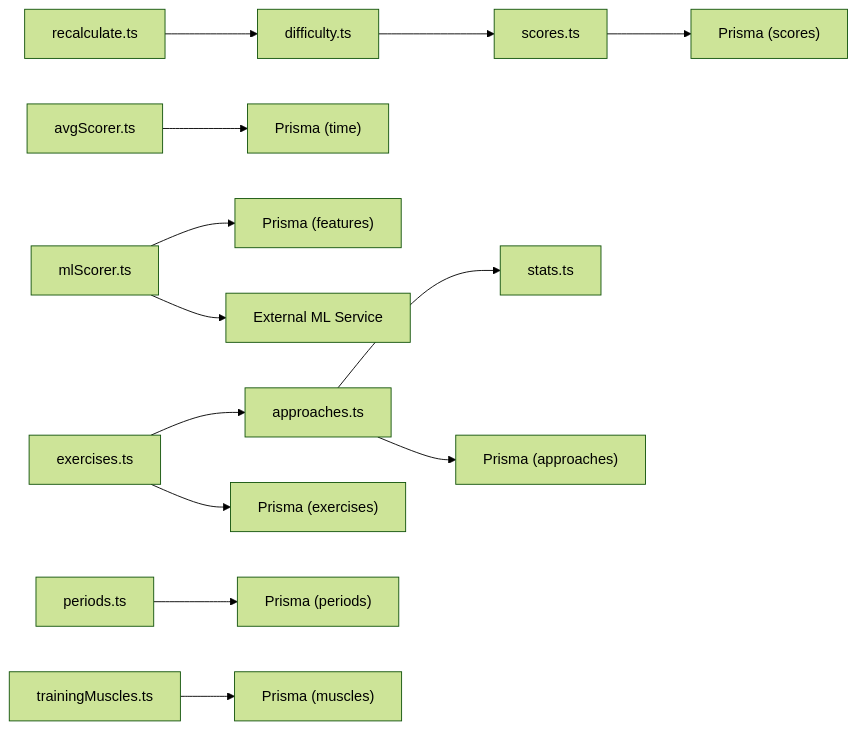
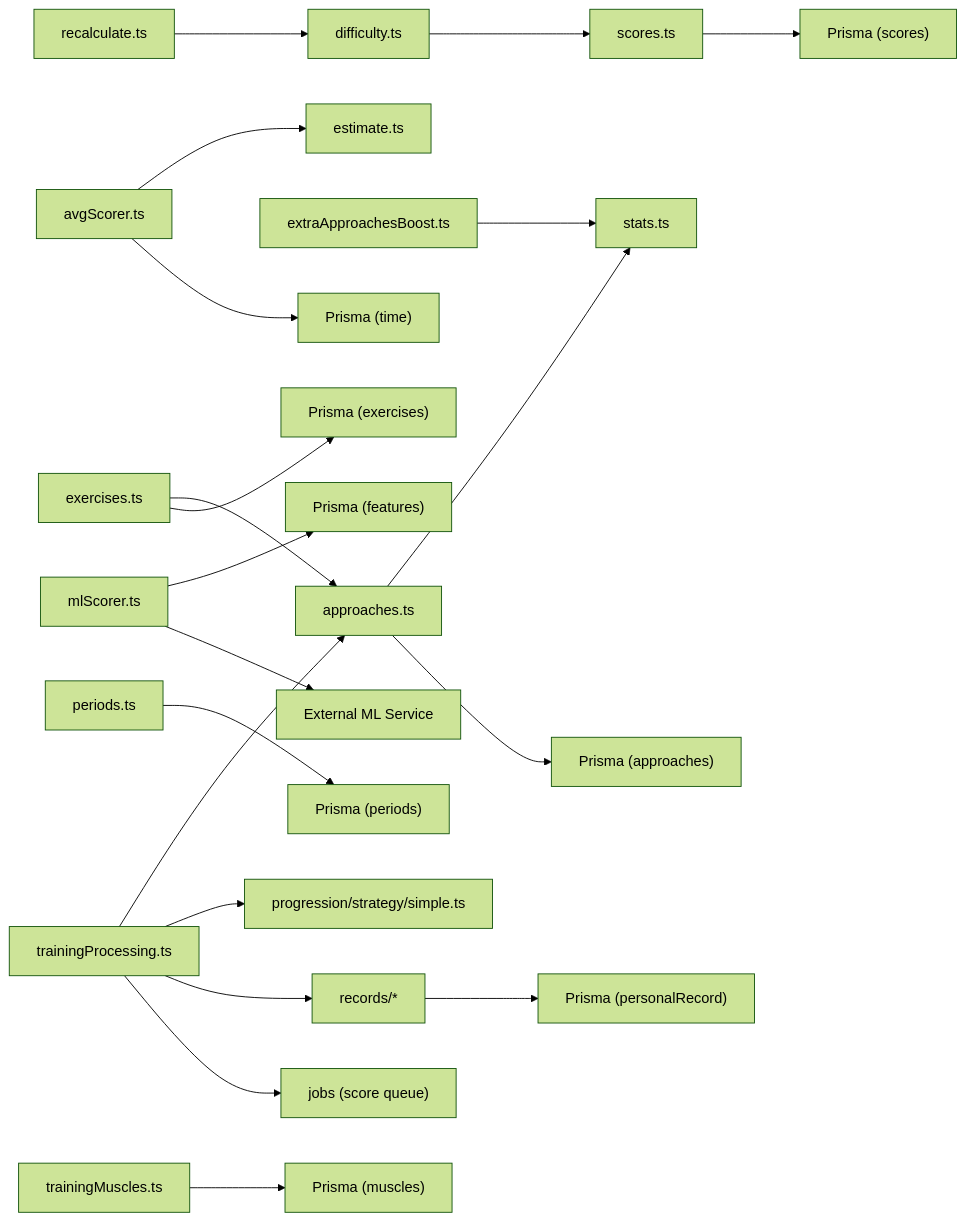
One commit to Dezzpil/meingym changed diagram 12 of 12 in .qoder/repowiki/en/content/Core Business Logic/Core Business Logic.md. Above: the diagram before and after it, drawn with Mermaid (forest theme). The commit also changed other lines of this file and 12 other files, not shown here.

````diff
--- a/.qoder/repowiki/en/content/Core Business Logic/Core Business Logic.md
+++ b/.qoder/repowiki/en/content/Core Business Logic/Core Business Logic.md
@@ -466,15 +660,22 @@
 ```mermaid
 graph LR
 Scores["scores.ts"] --> PrismaA["Prisma (scores)"]
 Approaches["approaches.ts"] --> Stats["stats.ts"]
 Approaches --> PrismaB["Prisma (approaches)"]
 Difficulty["difficulty.ts"] --> Scores
 Recalc["recalculate.ts"] --> Difficulty
-AvgScorer["avgScorer.ts"] --> PrismaC["Prisma (time)"]
+Boost["extraApproachesBoost.ts"] --> Stats
+AvgScorer["avgScorer.ts"] --> Estimate["estimate.ts"]
+AvgScorer --> PrismaC["Prisma (time)"]
 MLScorer["mlScorer.ts"] --> PrismaD["Prisma (features)"]
 MLScorer --> External["External ML Service"]
 Periods["periods.ts"] --> PrismaE["Prisma (periods)"]
 Exercises["exercises.ts"] --> Approaches
 Exercises --> PrismaF["Prisma (exercises)"]
 TrainingMuscles["trainingMuscles.ts"] --> PrismaG["Prisma (muscles)"]
+Processing["trainingProcessing.ts"] --> Approaches
+Processing --> Simple["progression/strategy/simple.ts"]
+Processing --> Records["records/*"]
+Processing --> Jobs["jobs (score queue)"]
+Records --> PrismaH["Prisma (personalRecord)"]
 ```
````
